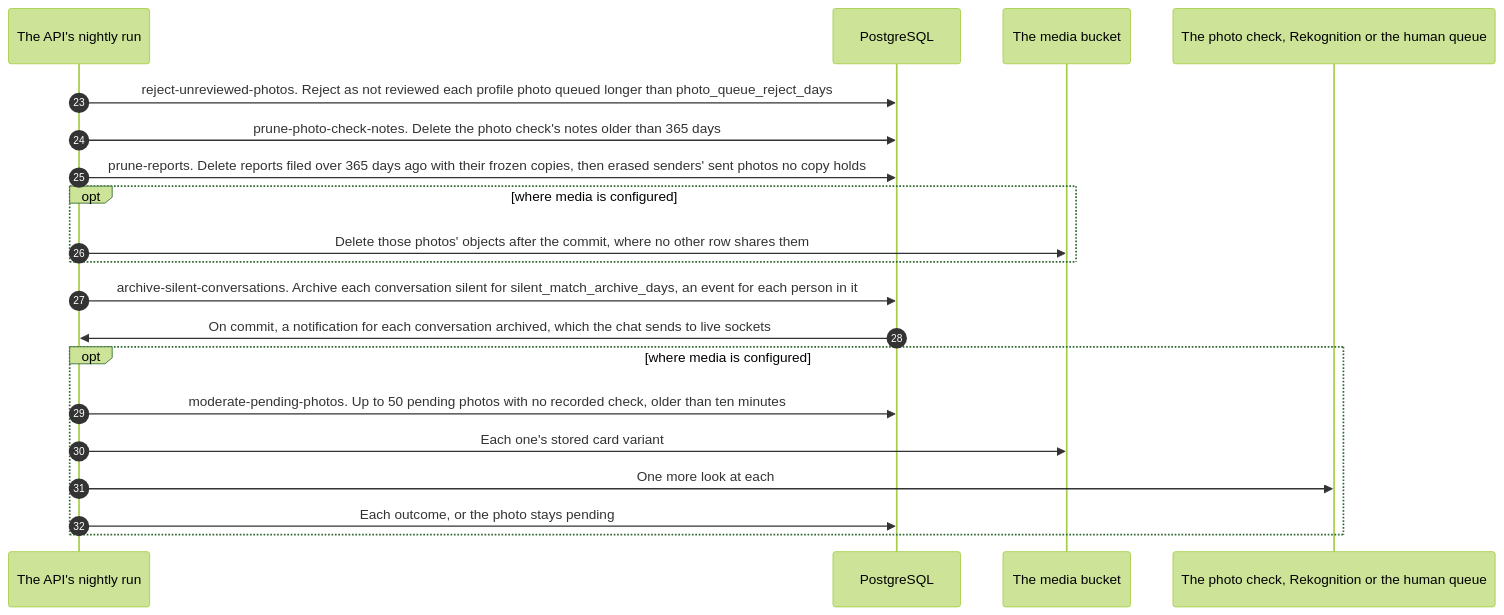
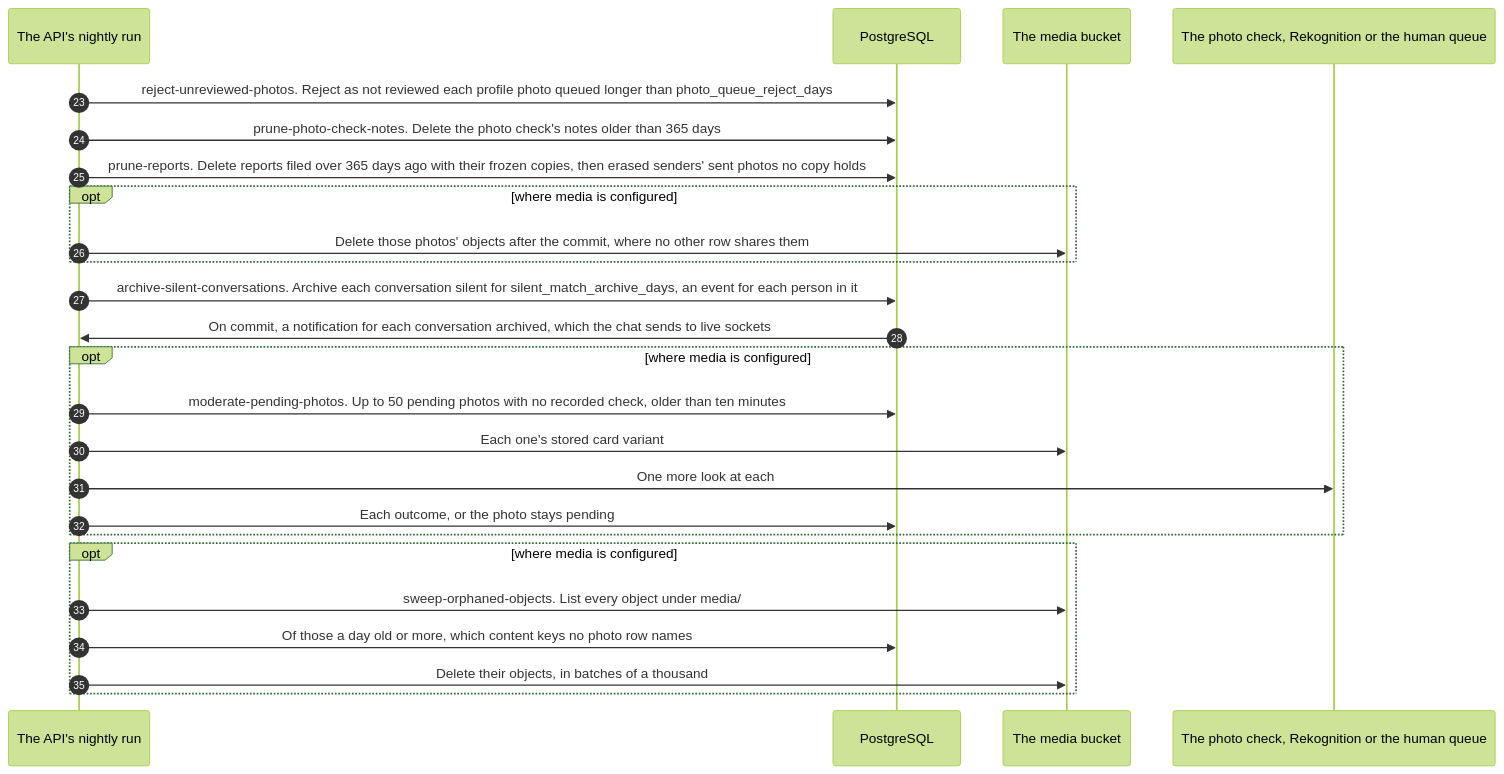
The fourth of 4 diagrams in docs/architecture/sequence-night.md (kuutti-ry/kuutti-app), drawn with Mermaid (forest theme) before and after one commit. The commit also changed other lines of this file and 20 other files, not shown here.

````diff
--- a/docs/architecture/sequence-night.md
+++ b/docs/architecture/sequence-night.md
@@ -133,24 +134,29 @@
 ```mermaid
 sequenceDiagram
   accTitle: The night's jobs, part 4: photos, reports and silent conversations
-  accDescr: Profile photos nobody decided in time are rejected as not reviewed. The photo check's notes and the reports past twelve months are deleted, and with the reports the sent photos of erased people that no copy holds any more, objects included. Silent conversations are archived, and the chat tells the open sockets. Where media is configured, photos the automatic check missed get one more look.
+  accDescr: Profile photos nobody decided in time are rejected as not reviewed. Last, the sweep deletes the objects under media/ that are a day old or more and that no photo row names. The photo check's notes and the reports past twelve months are deleted, and with the reports the sent photos of erased people that no copy holds any more, objects included. Silent conversations are archived, and the chat tells the open sockets. Where media is configured, photos the automatic check missed get one more look.
   autonumber 23
   participant api as The API's nightly run
   participant db as PostgreSQL
   participant bucket as The media bucket
   participant check as The photo check, Rekognition or the human queue
   api->>db: reject-unreviewed-photos. Reject as not reviewed each profile photo queued longer than photo_queue_reject_days
   api->>db: prune-photo-check-notes. Delete the photo check's notes older than 365 days
   api->>db: prune-reports. Delete reports filed over 365 days ago with their frozen copies, then erased senders' sent photos no copy holds
   opt where media is configured
     api->>bucket: Delete those photos' objects after the commit, where no other row shares them
   end
   api->>db: archive-silent-conversations. Archive each conversation silent for silent_match_archive_days, an event for each person in it
   db->>api: On commit, a notification for each conversation archived, which the chat sends to live sockets
   opt where media is configured
     api->>db: moderate-pending-photos. Up to 50 pending photos with no recorded check, older than ten minutes
     api->>bucket: Each one's stored card variant
     api->>check: One more look at each
     api->>db: Each outcome, or the photo stays pending
   end
+  opt where media is configured
+    api->>bucket: sweep-orphaned-objects. List every object under media/
+    api->>db: Of those a day old or more, which content keys no photo row names
+    api->>bucket: Delete their objects, in batches of a thousand
+  end
 ```
````
